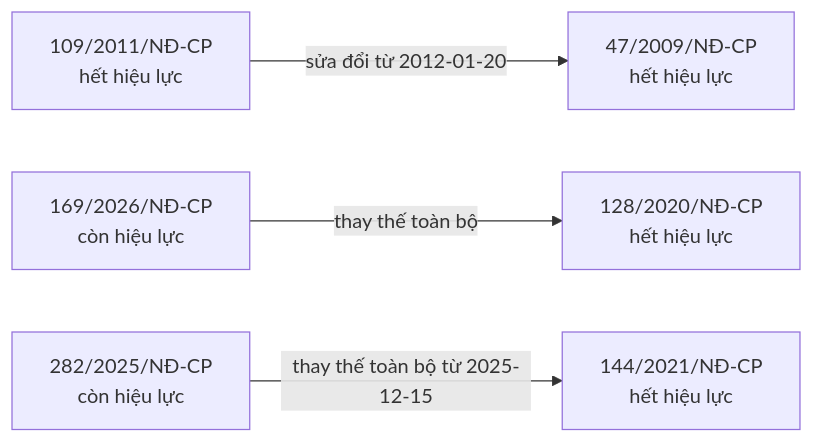
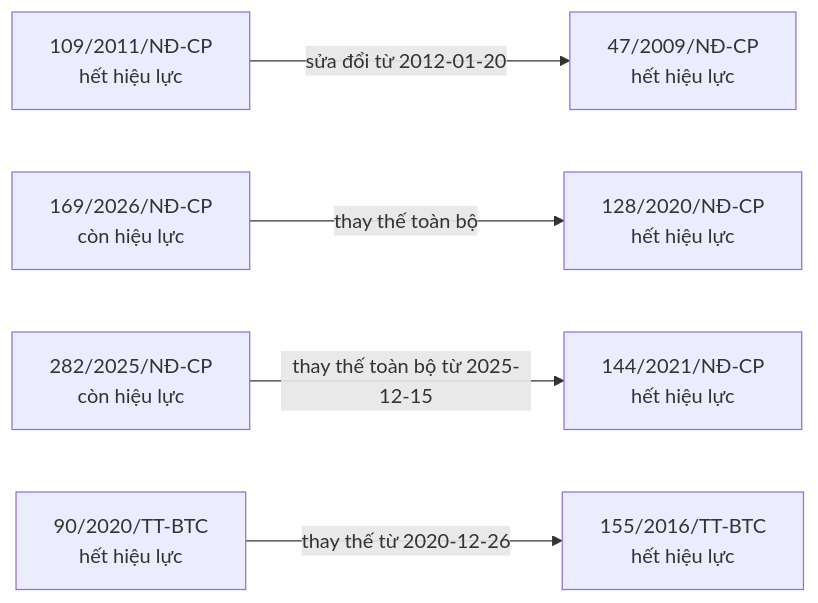
One commit to ozvietnam/oz-wiki-plhq changed the ninth of 10 diagrams in bao-cao/quan-he.md. Above: the diagram before and after it, drawn with Mermaid. The commit also changed other lines of this file and 5 other files, not shown here.

````diff
--- a/bao-cao/quan-he.md
+++ b/bao-cao/quan-he.md
@@ -560,12 +560,15 @@
 ```mermaid
 flowchart LR
   n_109_2011_N__CP["109/2011/NĐ-CP<br/>hết hiệu lực"]
   n_47_2009_N__CP["47/2009/NĐ-CP<br/>hết hiệu lực"]
   n_169_2026_N__CP["169/2026/NĐ-CP<br/>còn hiệu lực"]
   n_128_2020_N__CP["128/2020/NĐ-CP<br/>hết hiệu lực"]
   n_282_2025_N__CP["282/2025/NĐ-CP<br/>còn hiệu lực"]
   n_144_2021_N__CP["144/2021/NĐ-CP<br/>hết hiệu lực"]
+  n_90_2020_TT_BTC["90/2020/TT-BTC<br/>hết hiệu lực"]
+  n_155_2016_TT_BTC["155/2016/TT-BTC<br/>hết hiệu lực"]
   n_109_2011_N__CP -->|sửa đổi từ 2012-01-20| n_47_2009_N__CP
   n_169_2026_N__CP -->|thay thế toàn bộ| n_128_2020_N__CP
   n_282_2025_N__CP -->|thay thế toàn bộ từ 2025-12-15| n_144_2021_N__CP
+  n_90_2020_TT_BTC -->|thay thế từ 2020-12-26| n_155_2016_TT_BTC
 ```
````
